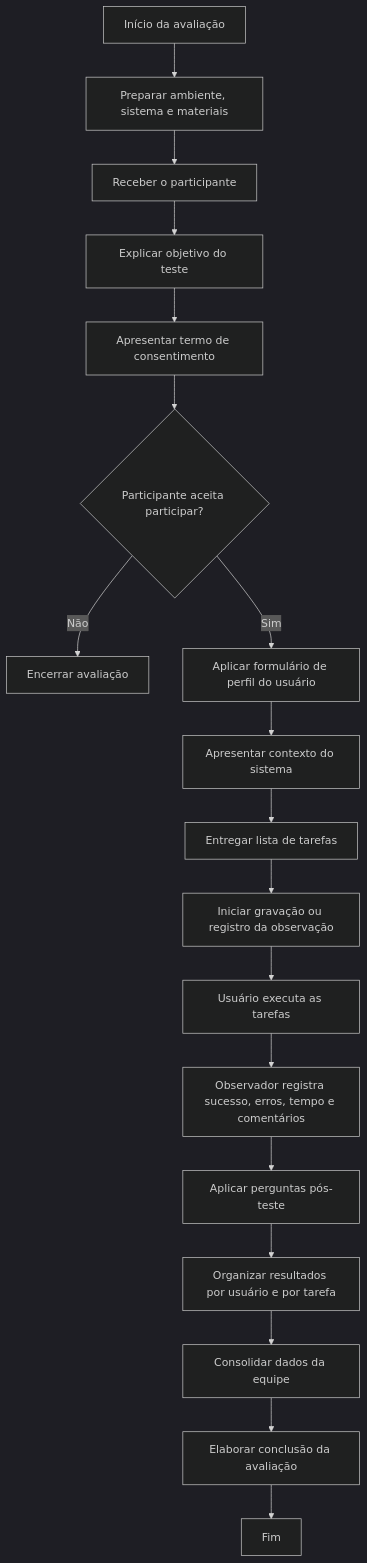
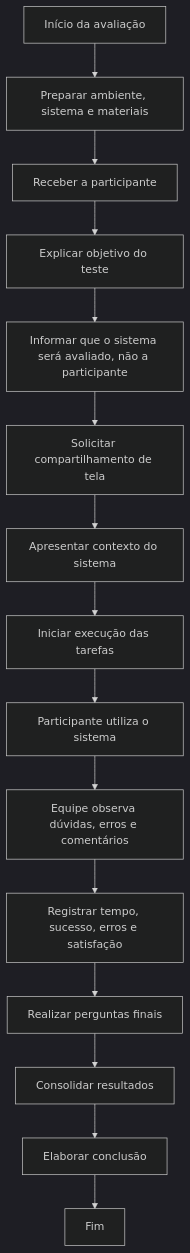
Before and after one commit to Mariah-Gomes/huc: the diagram in docs/aula14.md, drawn with Mermaid (dark theme). The commit also changed other lines of this file, not shown here.

````diff
--- a/docs/aula14.md
+++ b/docs/aula14.md
@@ -15,20 +15,17 @@
 ```mermaid
 flowchart TD
     A[Início da avaliação] --> B[Preparar ambiente, sistema e materiais]
-    B --> C[Receber o participante]
+    B --> C[Receber a participante]
     C --> D[Explicar objetivo do teste]
-    D --> E[Apresentar termo de consentimento]
-    E --> F{Participante aceita participar?}
-    F -- Não --> G[Encerrar avaliação]
-    F -- Sim --> H[Aplicar formulário de perfil do usuário]
-    H --> I[Apresentar contexto do sistema]
-    I --> J[Entregar lista de tarefas]
-    J --> K[Iniciar gravação ou registro da observação]
-    K --> L[Usuário executa as tarefas]
-    L --> M[Observador registra sucesso, erros, tempo e comentários]
-    M --> N[Aplicar perguntas pós-teste]
-    N --> O[Organizar resultados por usuário e por tarefa]
-    O --> P[Consolidar dados da equipe]
-    P --> Q[Elaborar conclusão da avaliação]
-    Q --> R[Fim]
+    D --> E[Informar que o sistema será avaliado, não a participante]
+    E --> F[Solicitar compartilhamento de tela]
+    F --> G[Apresentar contexto do sistema]
+    G --> H[Iniciar execução das tarefas]
+    H --> I[Participante utiliza o sistema]
+    I --> J[Equipe observa dúvidas, erros e comentários]
+    J --> K[Registrar tempo, sucesso, erros e satisfação]
+    K --> L[Realizar perguntas finais]
+    L --> M[Consolidar resultados]
+    M --> N[Elaborar conclusão]
+    N --> O[Fim]
 ```
````
